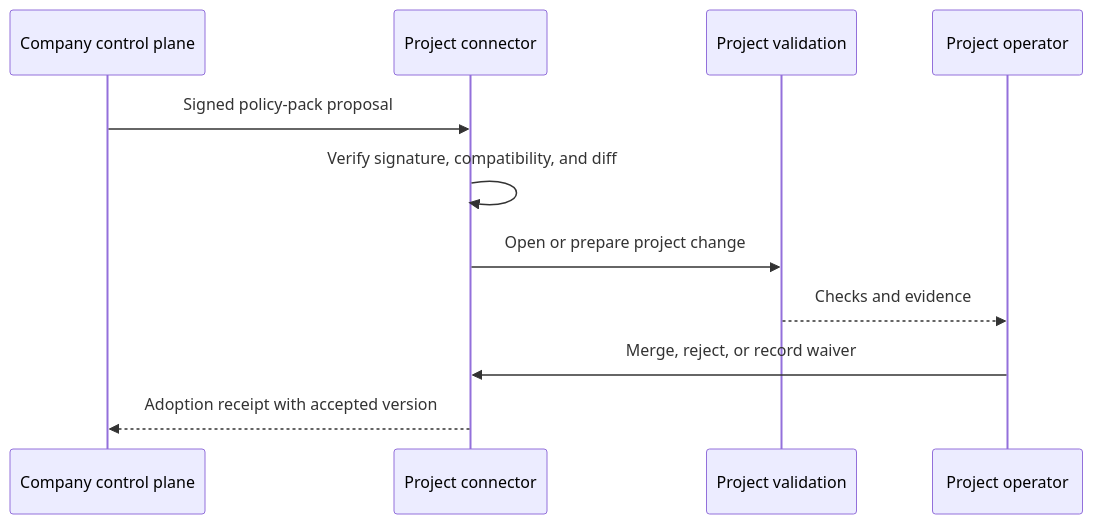
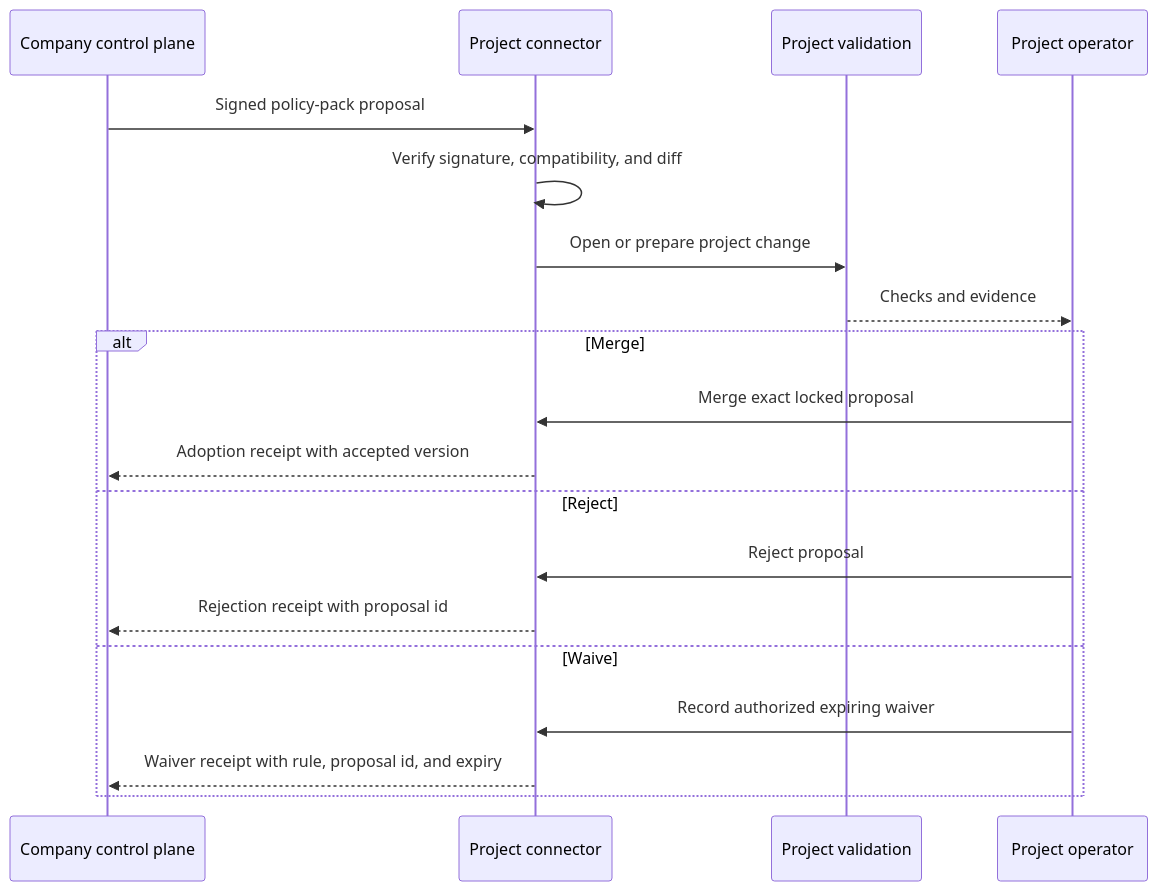
The second of 4 diagrams in docs/spec/systems/infrastructure/company-layer.md (StarshipSuperjam/engine-mechanic), drawn with Mermaid before and after one commit. The commit also changed other lines of this file, not shown here.

Commit message:
docs: harden company layer trust flow

````diff
--- a/docs/spec/systems/infrastructure/company-layer.md
+++ b/docs/spec/systems/infrastructure/company-layer.md
@@ -410,13 +423,21 @@
 ```mermaid
 sequenceDiagram
     participant C as Company control plane
     participant P as Project connector
     participant V as Project validation
     participant O as Project operator
     C->>P: Signed policy-pack proposal
     P->>P: Verify signature, compatibility, and diff
     P->>V: Open or prepare project change
     V-->>O: Checks and evidence
-    O->>P: Merge, reject, or record waiver
-    P-->>C: Adoption receipt with accepted version
+    alt Merge
+        O->>P: Merge exact locked proposal
+        P-->>C: Adoption receipt with accepted version
+    else Reject
+        O->>P: Reject proposal
+        P-->>C: Rejection receipt with proposal id
+    else Waive
+        O->>P: Record authorized expiring waiver
+        P-->>C: Waiver receipt with rule, proposal id, and expiry
+    end
 ```
````
